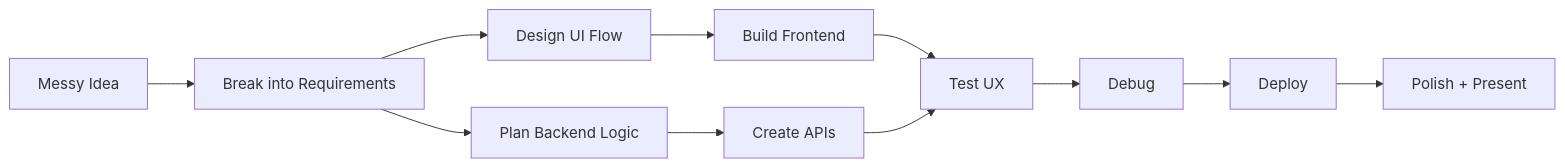
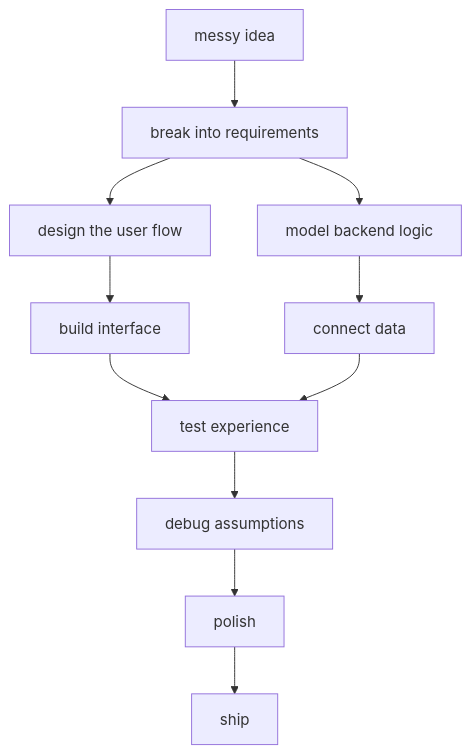
One commit to Vaidehi92562/vaidehi92562 changed the diagram in README.md. Above: the diagram before and after it, drawn with Mermaid. The commit also changed other lines of this file, not shown here.

````diff
--- a/README.md
+++ b/README.md
@@ -189,13 +253,13 @@
 ```mermaid
-flowchart LR
-    A[Messy Idea] --> B[Break into Requirements]
-    B --> C[Design UI Flow]
-    C --> D[Build Frontend]
-    B --> E[Plan Backend Logic]
-    E --> F[Create APIs]
-    D --> G[Test UX]
+flowchart TD
+    A["messy idea"] --> B["break into requirements"]
+    B --> C["design the user flow"]
+    C --> D["build interface"]
+    B --> E["model backend logic"]
+    E --> F["connect data"]
+    D --> G["test experience"]
     F --> G
-    G --> H[Debug]
-    H --> I[Deploy]
-    I --> J[Polish + Present]
+    G --> H["debug assumptions"]
+    H --> I["polish"]
+    I --> J["ship"]
 ```
````
